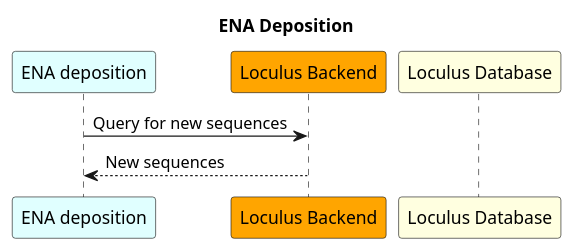
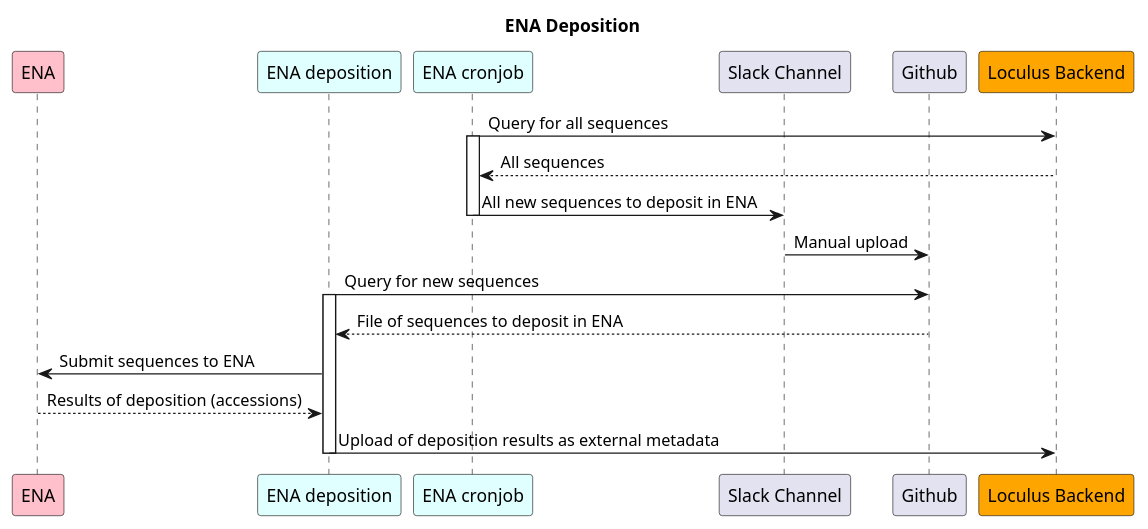
Before and after one commit to loculus-project/loculus: the diagram in architecture_docs/plantuml/06_ena_deposition.puml, drawn with PlantUML. The commit also changed 4 other files, not shown here.

First line of the commit message:
Update architecture docs with ena-deposition state (#3185)

```diff
--- a/architecture_docs/plantuml/06_ena_deposition.puml
+++ b/architecture_docs/plantuml/06_ena_deposition.puml
@@ -1,14 +1,27 @@
 @startuml
 
 title ENA Deposition
 
+participant "ENA" as ena #Pink
 participant "ENA deposition" as deposition #LightCyan
+participant "ENA cronjob" as enacronjob #LightCyan
+participant "Slack Channel" as slack
+participant "Github" as github
 participant "Loculus Backend" as backend #Orange
-participant "Loculus Database" as db #LightYellow
 
-deposition -> backend: Query for new sequences
-backend --> deposition: New sequences
+enacronjob -> backend: Query for all sequences
+activate enacronjob
+backend --> enacronjob: All sequences
+enacronjob -> slack: All new sequences to deposit in ENA
+deactivate enacronjob
+slack -> github: Manual upload
 
-' What happens next?
+deposition -> github: Query for new sequences
+activate deposition
+github --> deposition: File of sequences to deposit in ENA
+deposition -> ena: Submit sequences to ENA
+ena --> deposition: Results of deposition (accessions)
+deposition -> backend: Upload of deposition results as external metadata
+deactivate deposition
 
 @enduml
```
